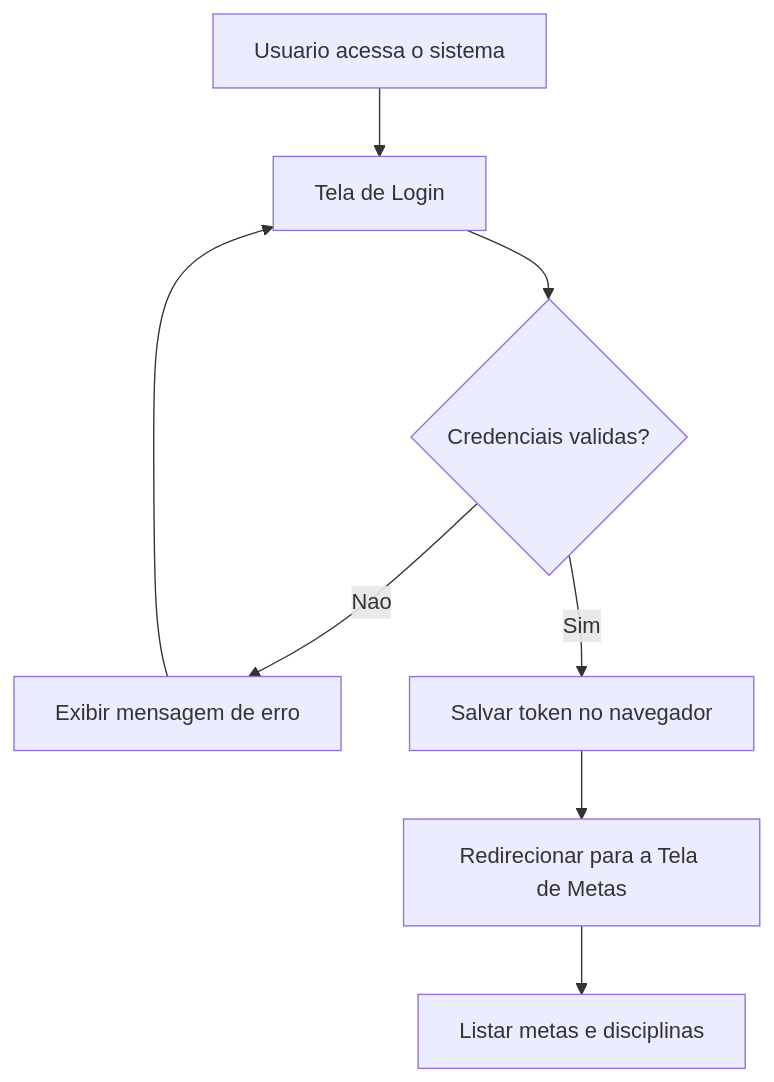
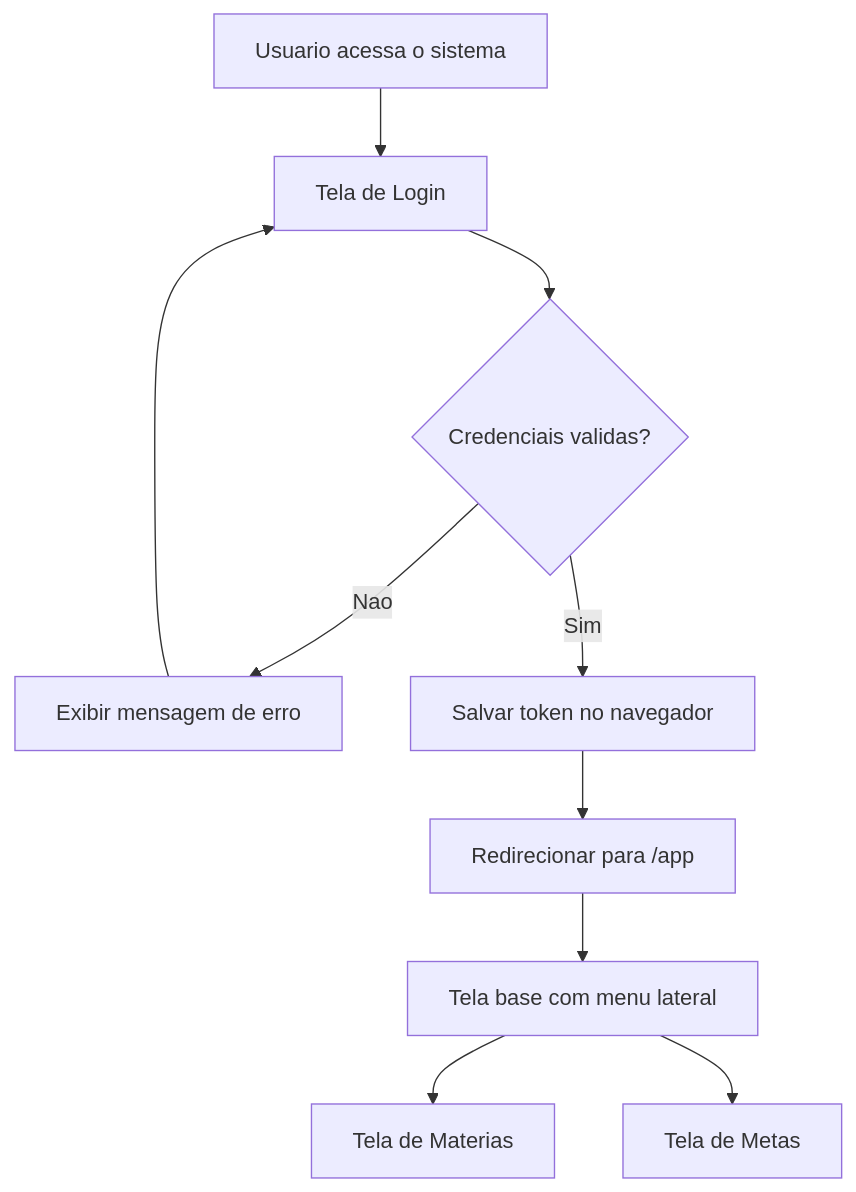
The first of 5 diagrams in docs/DIAGRAMAS_TELAS_USUARIO_FINAL.md (art4raujo0/xp-diario), drawn with Mermaid before and after one commit. The commit also changed other lines of this file and 11 other files, not shown here.

Commit message:
feat: adiciona fluxo app com menu lateral, tela de materias e atualiza docs

````diff
--- a/docs/DIAGRAMAS_TELAS_USUARIO_FINAL.md
+++ b/docs/DIAGRAMAS_TELAS_USUARIO_FINAL.md
@@ -5,10 +5,12 @@
 ```mermaid
 flowchart TD
     A[Usuario acessa o sistema] --> B[Tela de Login]
     B --> C{Credenciais validas?}
     C -- Nao --> D[Exibir mensagem de erro]
     D --> B
     C -- Sim --> E[Salvar token no navegador]
-    E --> F[Redirecionar para a Tela de Metas]
-    F --> G[Listar metas e disciplinas]
+    E --> F[Redirecionar para /app]
+    F --> G[Tela base com menu lateral]
+    G --> H[Tela de Materias]
+    G --> I[Tela de Metas]
 ```
````
